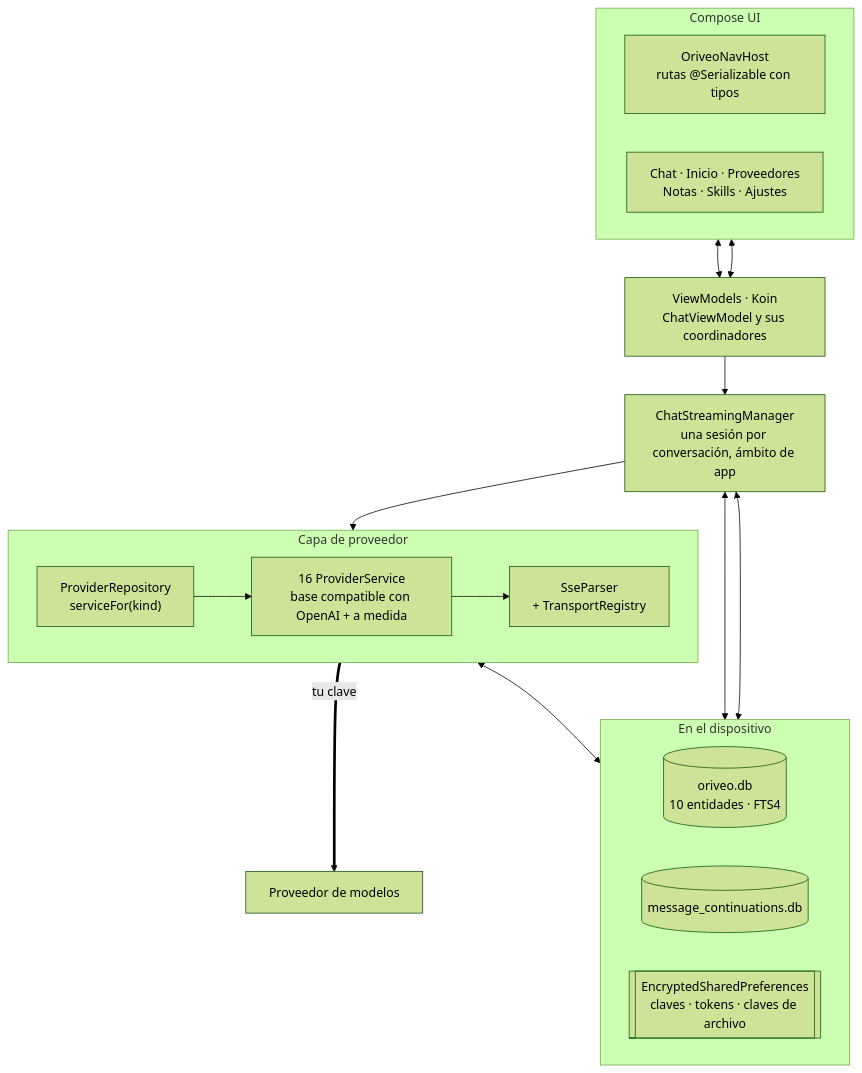
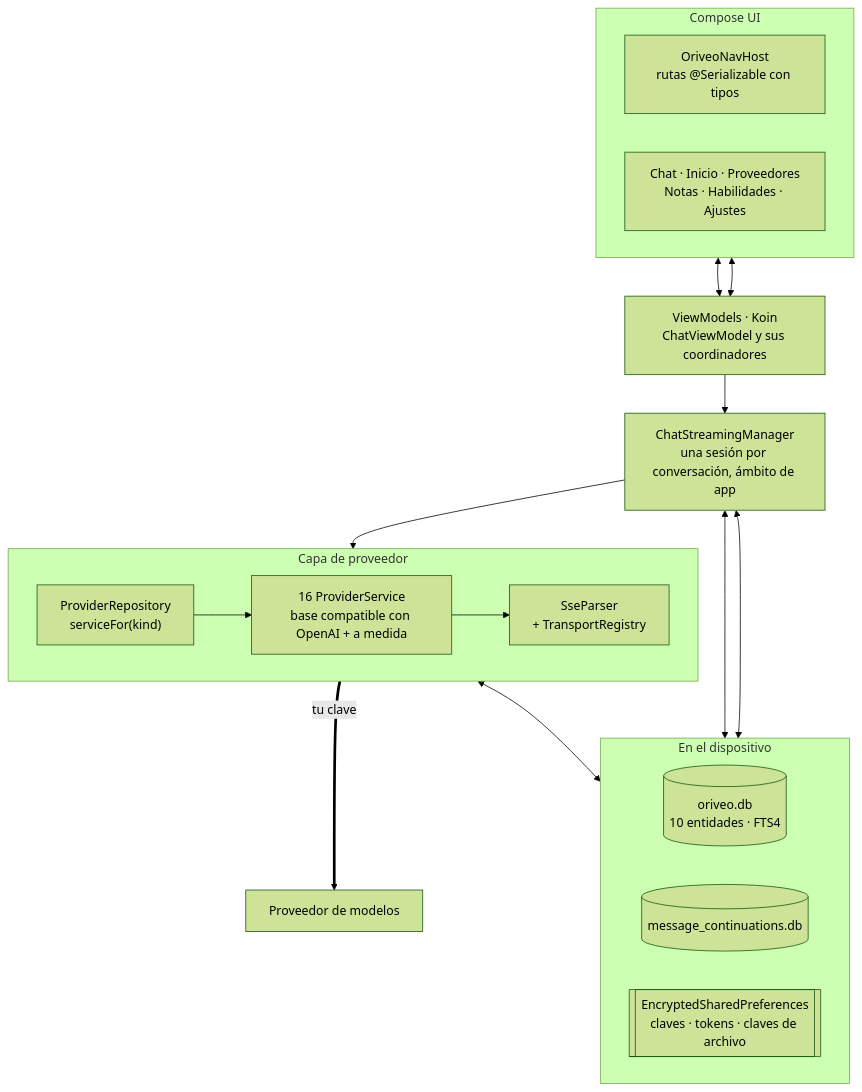
The diagram in readme_i18n/es/android.md (oriveo/oriveo), drawn with Mermaid (forest theme) before and after one commit. The commit also changed other lines of this file and 89 other files, not shown here.

````diff
--- a/readme_i18n/es/android.md
+++ b/readme_i18n/es/android.md
@@ -47,34 +47,34 @@
 ```mermaid
 flowchart TB
     subgraph ui ["Compose UI"]
         direction LR
         nav["OriveoNavHost<br/>rutas @Serializable con tipos"]
-        screens["Chat · Inicio · Proveedores<br/>Notas · Skills · Ajustes"]
+        screens["Chat · Inicio · Proveedores<br/>Notas · Habilidades · Ajustes"]
     end
 
     vms["ViewModels · Koin<br/>ChatViewModel y sus coordinadores"]
 
     streaming["ChatStreamingManager<br/>una sesión por conversación, ámbito de app"]
 
     subgraph data ["En el dispositivo"]
         direction LR
         room[("oriveo.db<br/>10 entidades · FTS4")]
         cont[("message_continuations.db")]
         keys[["EncryptedSharedPreferences<br/>claves · tokens · claves de archivo"]]
     end
 
     subgraph net ["Capa de proveedor"]
         direction LR
         repo["ProviderRepository<br/>serviceFor(kind)"]
         svc["16 ProviderService<br/>base compatible con OpenAI + a medida"]
         sse["SseParser<br/>+ TransportRegistry"]
     end
 
     nav & screens <--> vms
     vms --> streaming
     streaming --> repo
     repo --> svc --> sse
     streaming <--> room & cont
     svc <--> keys
     sse ==>|"tu clave"| up["Proveedor de modelos"]
 ```
````
